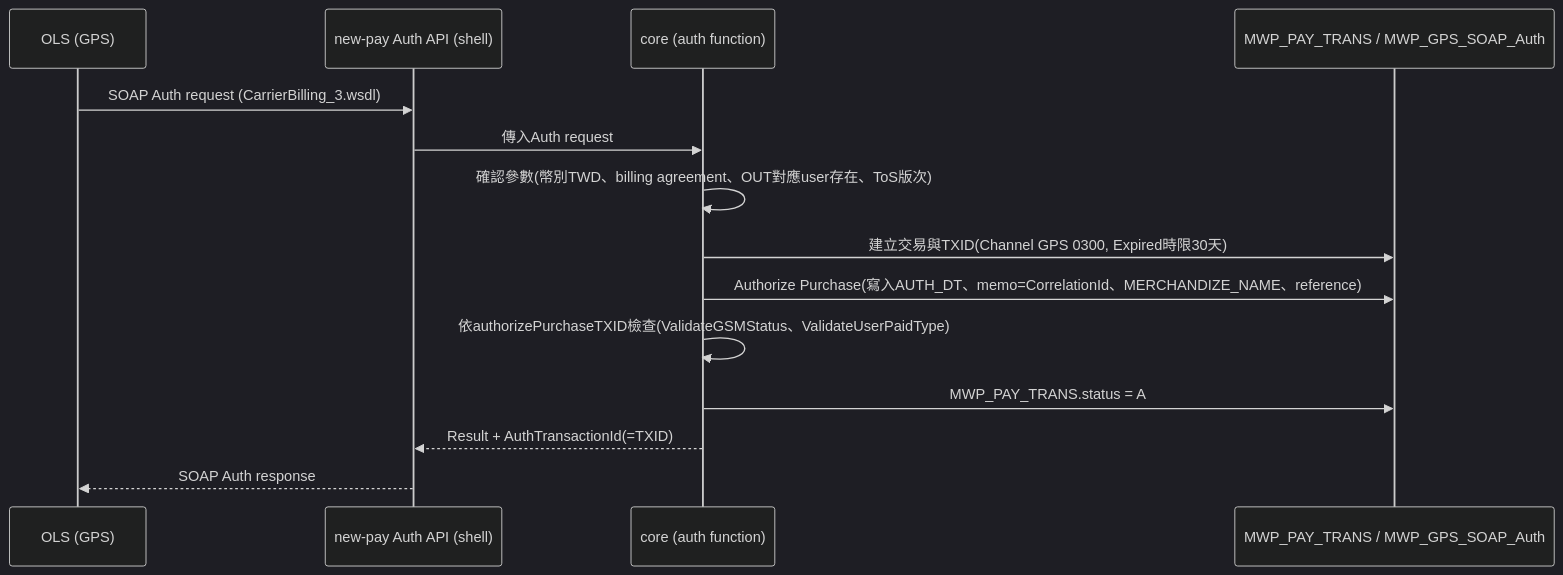
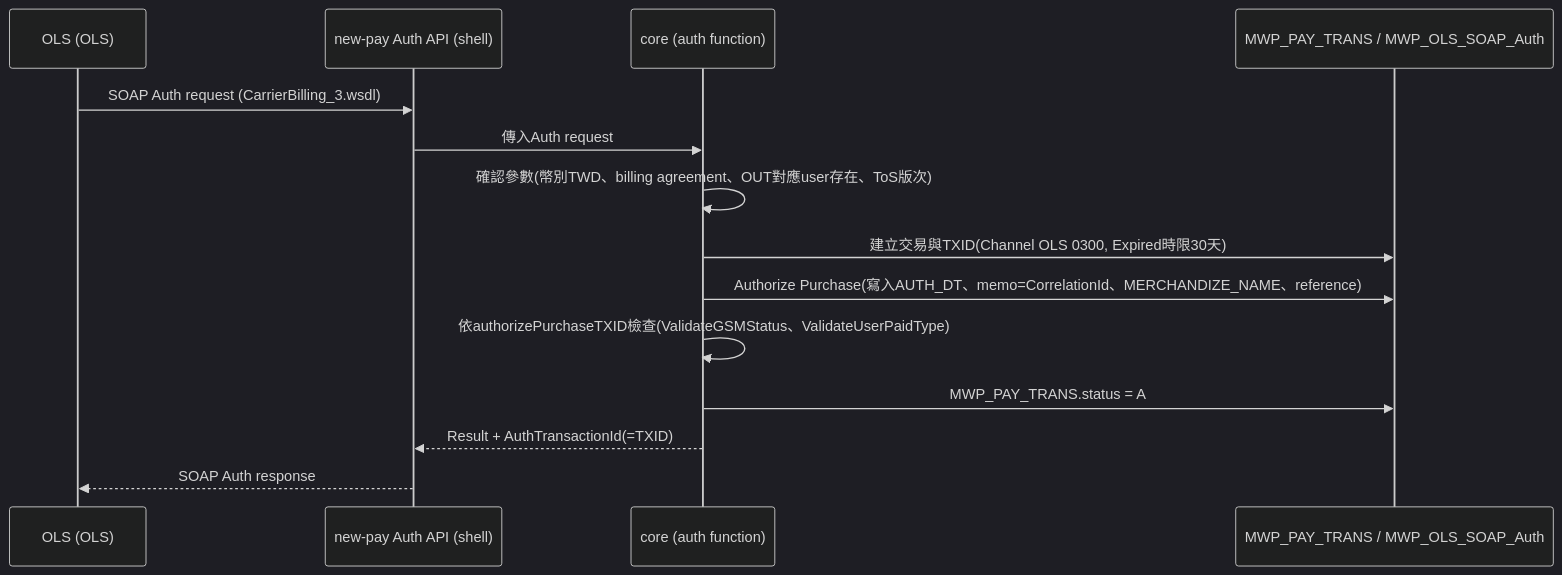
One commit to ChunPingWang/ai-workshop changed the fourth of 7 diagrams in new-pay_OnlineStore_FSD.md. Above: the diagram before and after it, drawn with Mermaid (dark theme). The commit also changed other lines of this file and 28 other files, not shown here.

First line of the commit message:
去識別化：全面移除 GPS 字眼，改以 OnlineStore 縮寫 OLS

````diff
--- a/new-pay_OnlineStore_FSD.md
+++ b/new-pay_OnlineStore_FSD.md
@@ -326,16 +326,16 @@
 ```mermaid
 sequenceDiagram
-    participant G as OLS (GPS)
+    participant G as OLS (OLS)
     participant SH as new-pay Auth API (shell)
     participant CO as core (auth function)
-    participant DB as MWP_PAY_TRANS / MWP_GPS_SOAP_Auth
+    participant DB as MWP_PAY_TRANS / MWP_OLS_SOAP_Auth
     G->>SH: SOAP Auth request (CarrierBilling_3.wsdl)
     SH->>CO: 傳入Auth request
     CO->>CO: 確認參數(幣別TWD、billing agreement、OUT對應user存在、ToS版次)
-    CO->>DB: 建立交易與TXID(Channel GPS 0300, Expired時限30天)
+    CO->>DB: 建立交易與TXID(Channel OLS 0300, Expired時限30天)
     CO->>DB: Authorize Purchase(寫入AUTH_DT、memo=CorrelationId、MERCHANDIZE_NAME、reference)
     CO->>CO: 依authorizePurchaseTXID檢查(ValidateGSMStatus、ValidateUserPaidType)
     CO->>DB: MWP_PAY_TRANS.status = A
     CO-->>SH: Result + AuthTransactionId(=TXID)
     SH-->>G: SOAP Auth response
 ```
````
